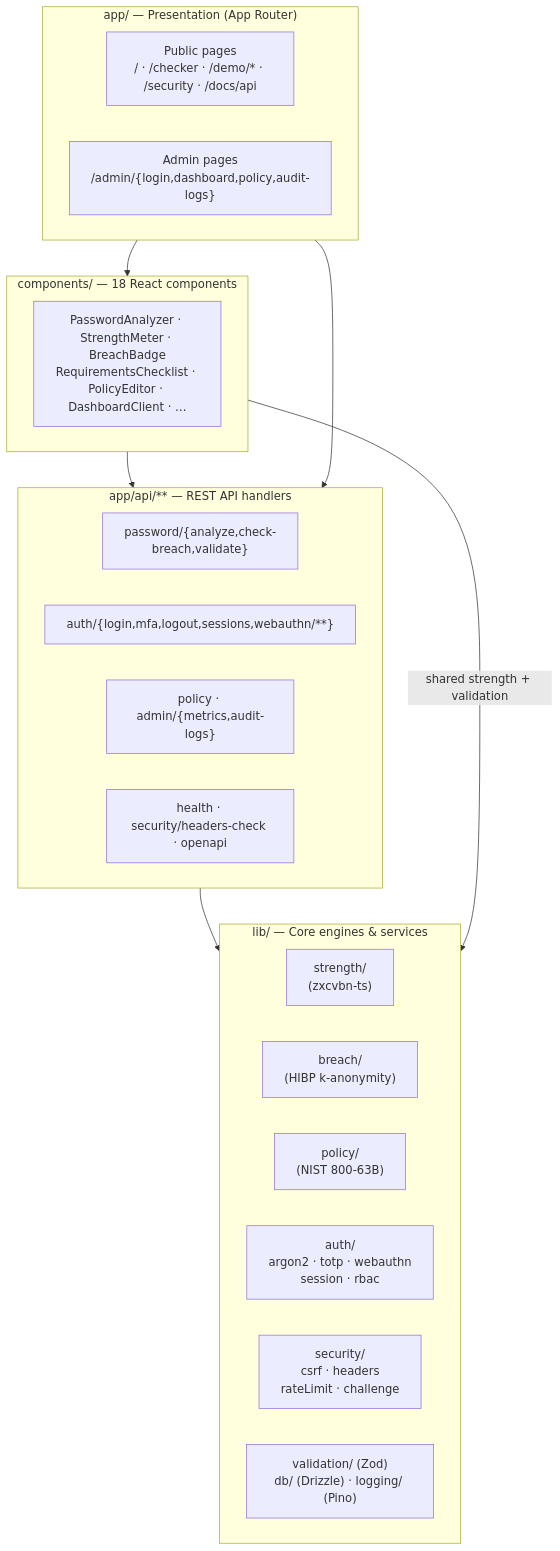
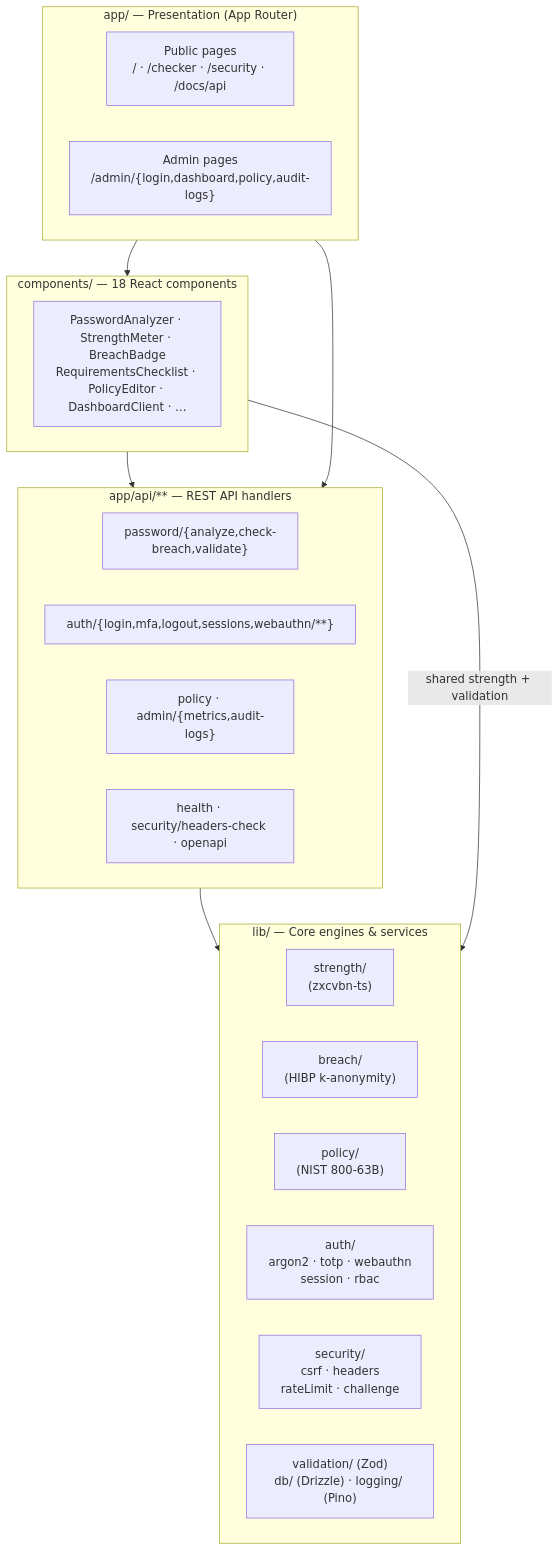
One commit to krish4479/keysheild-breach-detector changed the second of 8 diagrams in ARCHITECTURE.md. Above: the diagram before and after it, drawn with Mermaid. The commit also changed 10 other files, not shown here.

````diff
--- a/ARCHITECTURE.md
+++ b/ARCHITECTURE.md
@@ -50,36 +50,36 @@
 ```mermaid
 flowchart TB
   subgraph Presentation["app/ — Presentation (App Router)"]
     direction LR
-    Public["Public pages<br/>/ · /checker · /demo/* · /security · /docs/api"]
+    Public["Public pages<br/>/ · /checker · /security · /docs/api"]
     Admin["Admin pages<br/>/admin/{login,dashboard,policy,audit-logs}"]
   end
 
   subgraph Components["components/ — 18 React components"]
     C["PasswordAnalyzer · StrengthMeter · BreachBadge<br/>RequirementsChecklist · PolicyEditor · DashboardClient · …"]
   end
 
   subgraph ApiLayer["app/api/** — REST API handlers"]
     direction LR
     APwd["password/{analyze,check-breach,validate}"]
     AAuth["auth/{login,mfa,logout,sessions,webauthn/**}"]
     AAdmin["policy · admin/{metrics,audit-logs}"]
     ASys["health · security/headers-check · openapi"]
   end
 
   subgraph Core["lib/ — Core engines & services"]
     direction LR
     L1["strength/<br/>(zxcvbn-ts)"]
     L2["breach/<br/>(HIBP k-anonymity)"]
     L3["policy/<br/>(NIST 800-63B)"]
     L4["auth/<br/>argon2 · totp · webauthn<br/>session · rbac"]
     L5["security/<br/>csrf · headers<br/>rateLimit · challenge"]
     L6["validation/ (Zod)<br/>db/ (Drizzle) · logging/ (Pino)"]
   end
 
   Presentation --> Components
   Components --> ApiLayer
   Presentation --> ApiLayer
   ApiLayer --> Core
   Components -->|shared strength + validation| Core
 ```
````
